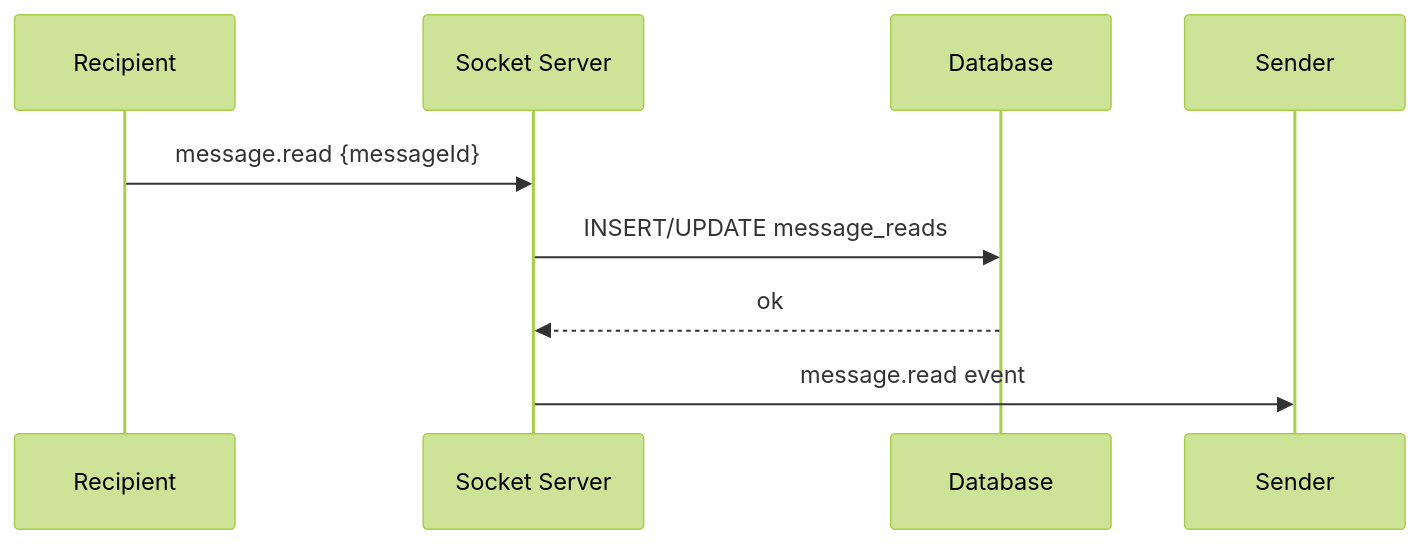
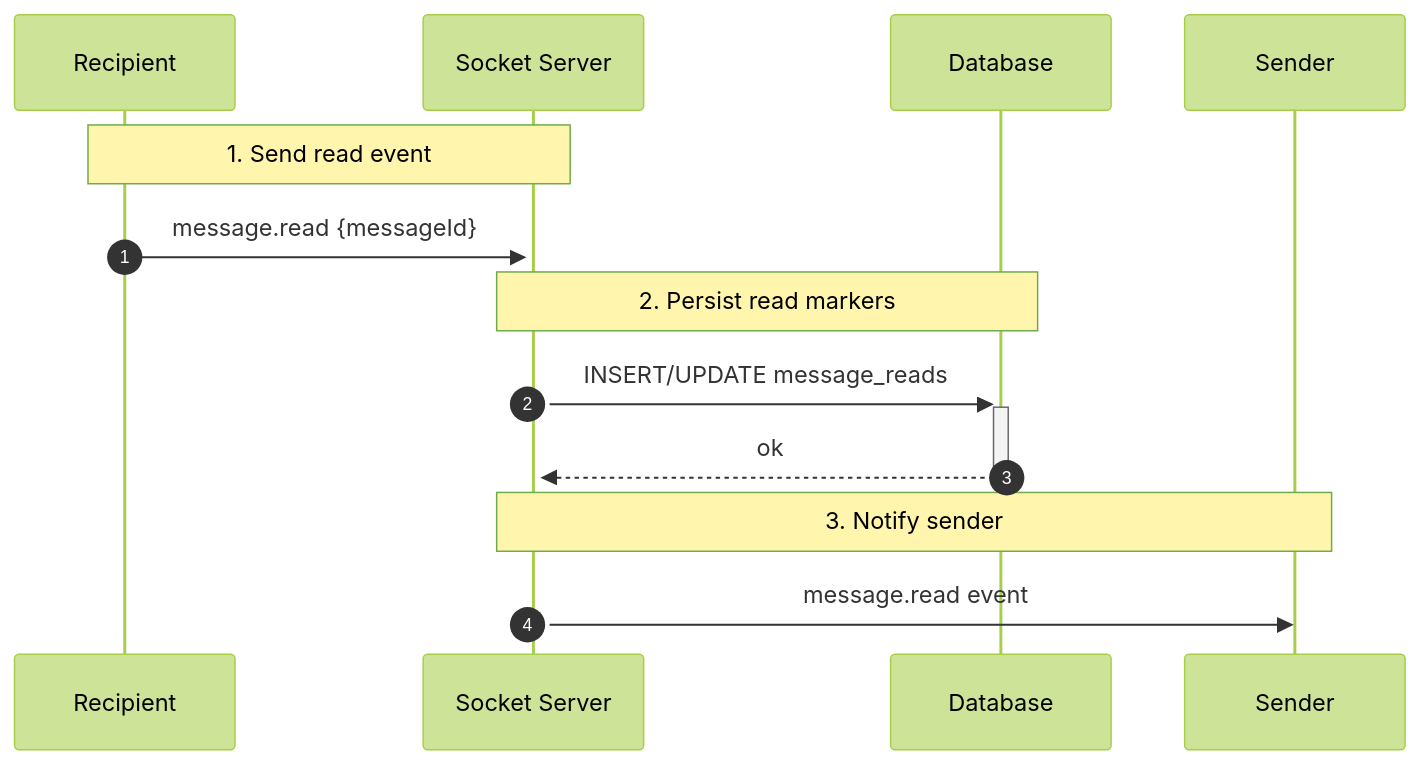
Before and after one commit to dinhhoang235/Chat-App: the first of 2 diagrams in docs/read_receipts.md, drawn with Mermaid (forest theme). The commit also changed other lines of this file and 12 other files, not shown here.

Commit message:
docs: enhance sequence diagrams with detailed notes for various features

````diff
--- a/docs/read_receipts.md
+++ b/docs/read_receipts.md
@@ -23,12 +23,18 @@
 ```mermaid
 sequenceDiagram
+  autonumber
   participant C as Recipient
   participant WS as Socket Server
   participant DB as Database
   participant S as Sender
 
-  C->>WS: message.read {messageId}
-  WS->>DB: INSERT/UPDATE message_reads
-  DB-->>WS: ok
+  Note over C,WS: 1. Send read event
+  C->>+WS: message.read {messageId}
+
+  Note over WS,DB: 2. Persist read markers
+  WS->>+DB: INSERT/UPDATE message_reads
+  DB-->>-WS: ok
+
+  Note over WS,S: 3. Notify sender
   WS->>S: message.read event
 ```
````
